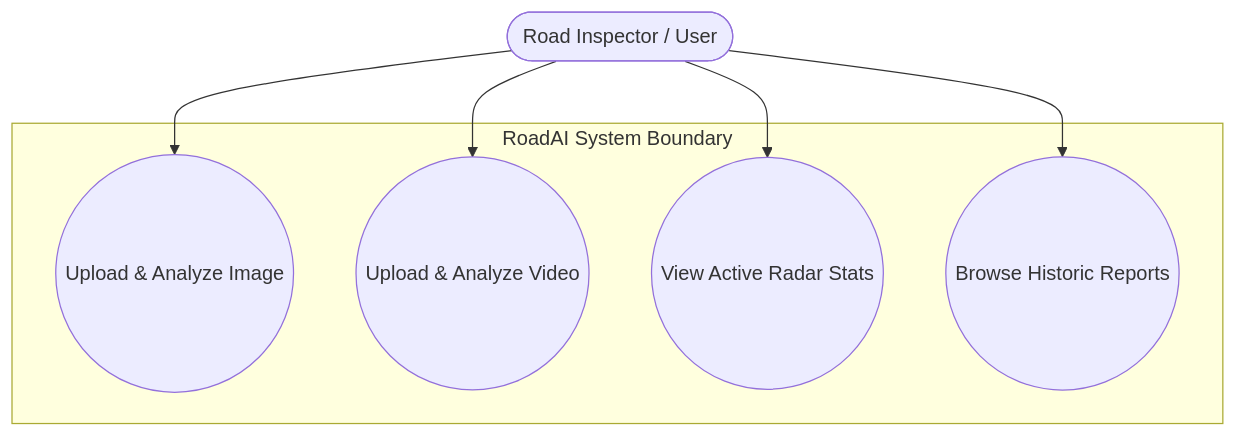
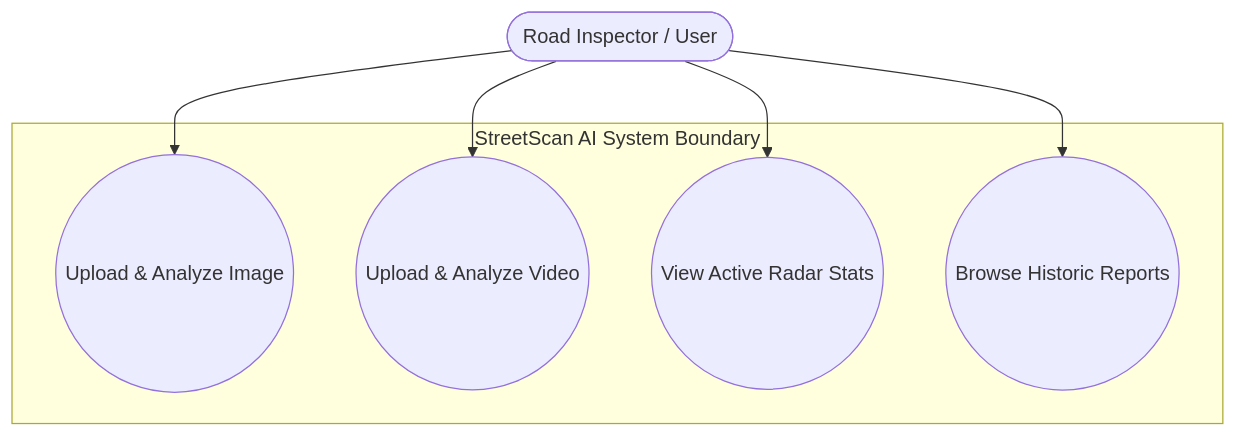
One commit to SuilYun/StreetAI changed the fifth of 8 diagrams in system_design.md. Above: the diagram before and after it, drawn with Mermaid. The commit also changed other lines of this file and 4 other files, not shown here.

Commit message:
Rebrand app to StreetScan AI and add modern animated road scanning SVG logo

````diff
--- a/system_design.md
+++ b/system_design.md
@@ -110,14 +110,14 @@
 ```mermaid
 graph TD
     User([Road Inspector / User]) --> UC1((Upload & Analyze Image))
     User --> UC2((Upload & Analyze Video))
     User --> UC3((View Active Radar Stats))
     User --> UC4((Browse Historic Reports))
     
-    subgraph RoadAI System Boundary
+    subgraph StreetScan AI System Boundary
         UC1
         UC2
         UC3
         UC4
     end
 ```
````
